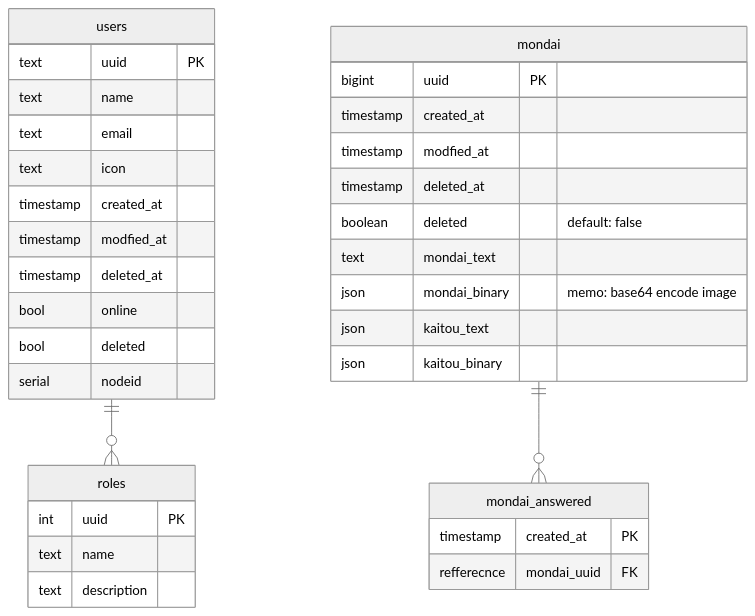
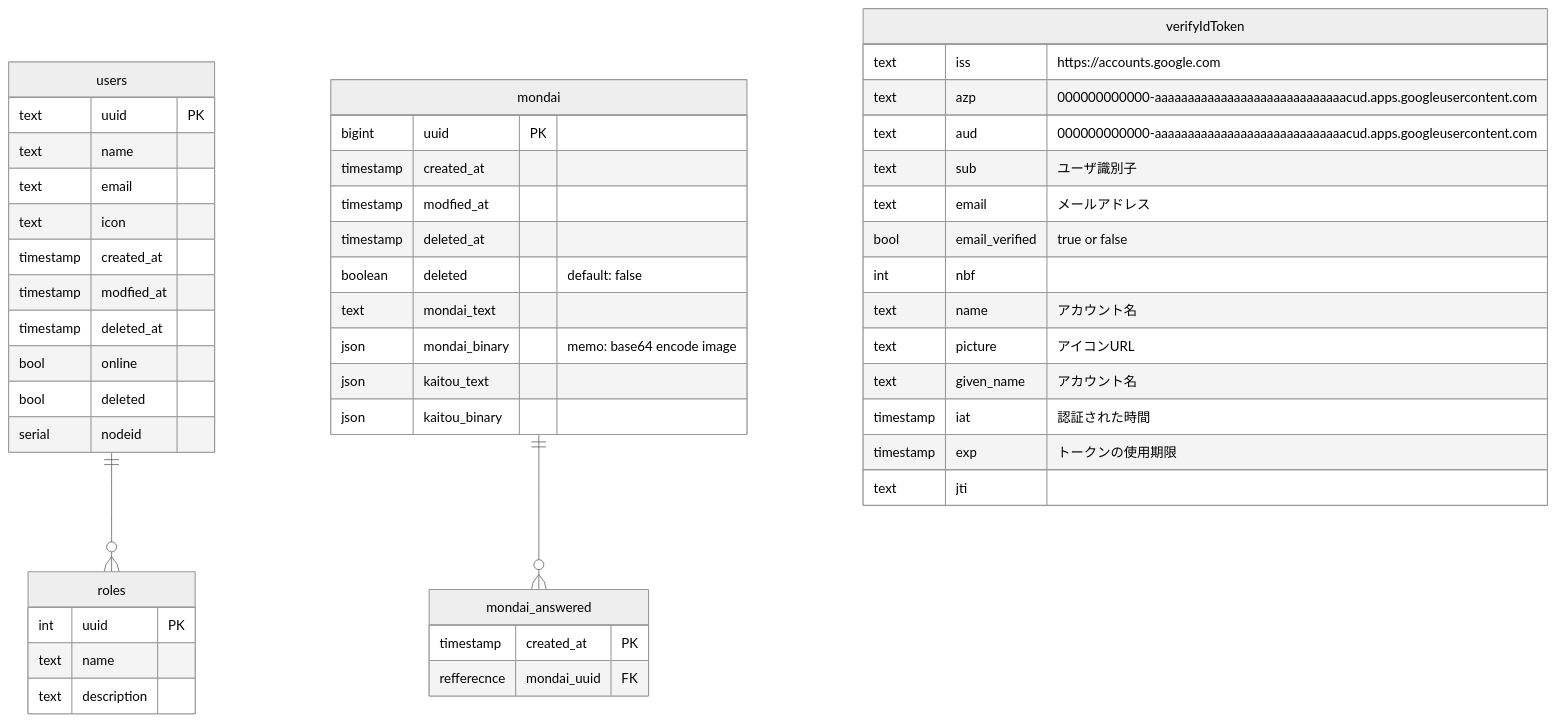
One commit to n138-kz/denkou-kakomon-dotcom changed the diagram in README.md. Above: the diagram before and after it, drawn with Mermaid (neutral theme).

````diff
--- a/README.md
+++ b/README.md
@@ -26,41 +26,57 @@
 ```mermaid
 erDiagram
 users ||--o{ roles: "" 
 mondai ||--o{ mondai_answered: "" 
+
+verifyIdToken {
+    text iss "https://accounts.google.com"
+    text azp "000000000000-aaaaaaaaaaaaaaaaaaaaaaaaaaaaacud.apps.googleusercontent.com"
+    text aud "000000000000-aaaaaaaaaaaaaaaaaaaaaaaaaaaaacud.apps.googleusercontent.com"
+    text sub "ユーザ識別子"
+    text email "メールアドレス"
+    bool email_verified "true or false"
+    int nbf
+    text name "アカウント名"
+    text picture "アイコンURL"
+    text given_name "アカウント名"
+    timestamp iat "認証された時間"
+    timestamp exp "トークンの使用期限"
+    text jti
+}
 
 users {
     text uuid PK
     text name
     text email
     text icon
     timestamp created_at
     timestamp modfied_at
     timestamp deleted_at
     bool online
     bool deleted 
     serial nodeid
 }
 
 roles {
     int uuid PK
     text name
     text description
 }
 
 mondai {
     bigint uuid PK
     timestamp created_at
     timestamp modfied_at
     timestamp deleted_at
     boolean deleted "default: false"
     text mondai_text
     json mondai_binary "memo: base64 encode image"
     json kaitou_text
     json kaitou_binary
 }
 
 mondai_answered {
     timestamp created_at PK
     refferecnce mondai_uuid FK
 }
 ```
````
